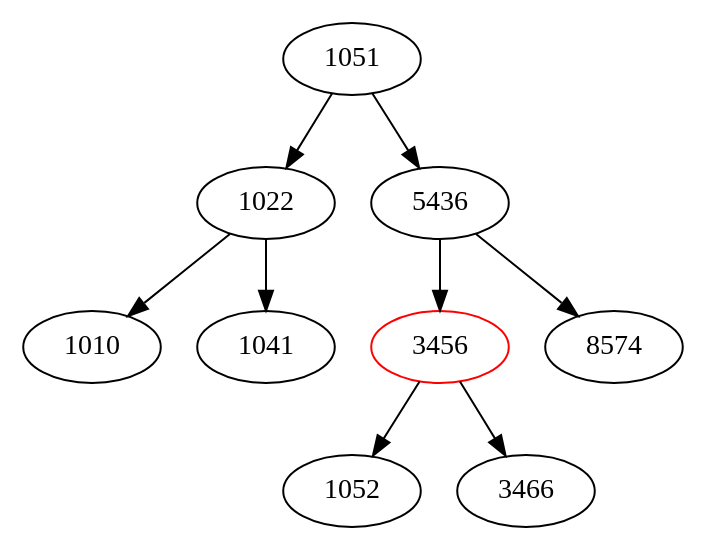
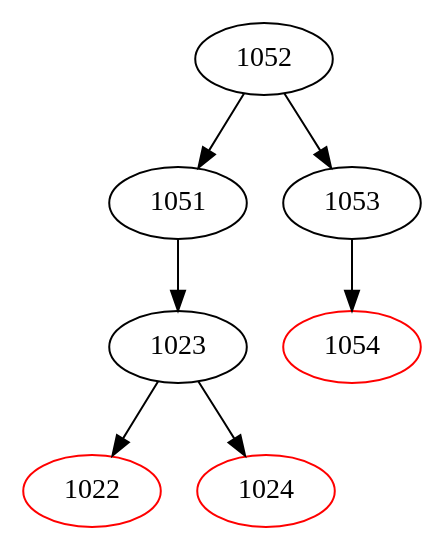
Before and after one commit to DanielDourado00/ED-II: the diagram in arvore.dot, drawn with Graphviz. The commit also changed 5 other files, not shown here.

```diff
--- a/arvore.dot
+++ b/arvore.dot
@@ -1,19 +1,15 @@
 digraph ArvoreRubroNegra {
+1052 [label="1052", color=black];
+1052 -> 1051;
 1051 [label="1051", color=black];
-1051 -> 1022;
-1022 [label="1022", color=black];
-1022 -> 1010;
-1010 [label="1010", color=black];
-1022 -> 1041;
-1041 [label="1041", color=black];
-1051 -> 5436;
-5436 [label="5436", color=black];
-5436 -> 3456;
-3456 [label="3456", color=red];
-3456 -> 1052;
-1052 [label="1052", color=black];
-3456 -> 3466;
-3466 [label="3466", color=black];
-5436 -> 8574;
-8574 [label="8574", color=black];
+1051 -> 1023;
+1023 [label="1023", color=black];
+1023 -> 1022;
+1022 [label="1022", color=red];
+1023 -> 1024;
+1024 [label="1024", color=red];
+1052 -> 1053;
+1053 [label="1053", color=black];
+1053 -> 1054;
+1054 [label="1054", color=red];
 }
```
